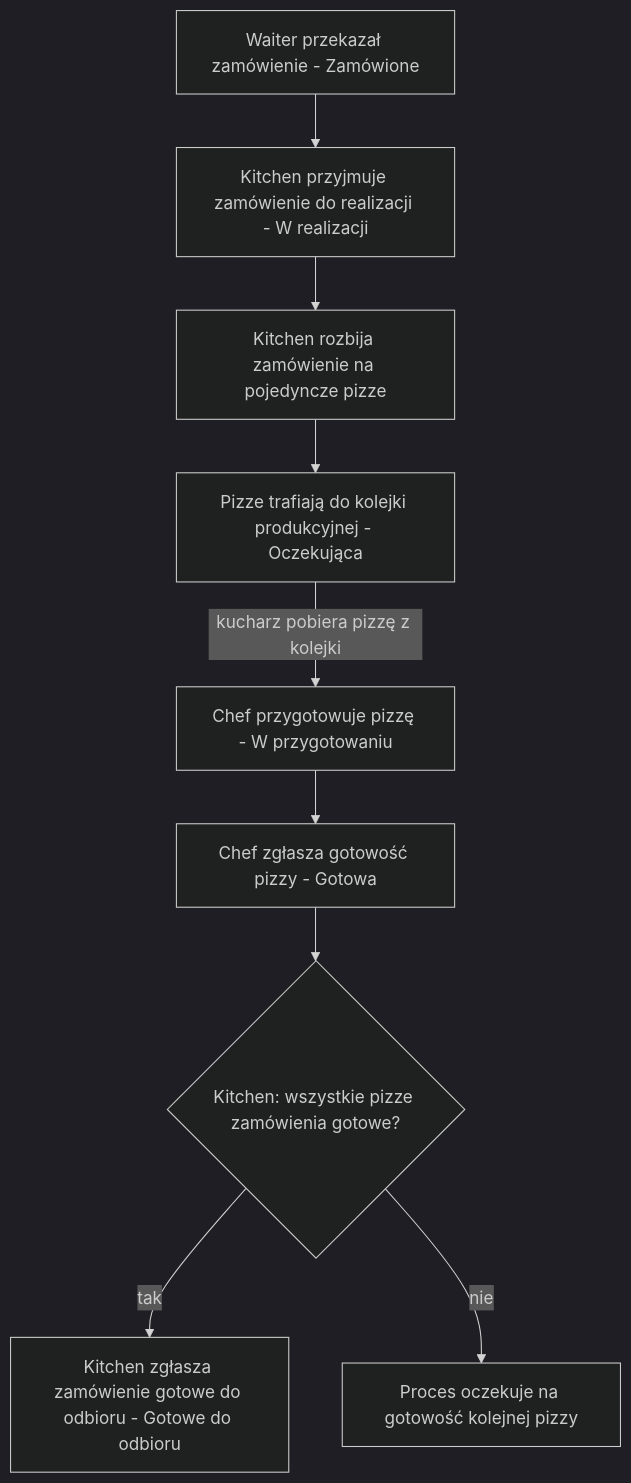
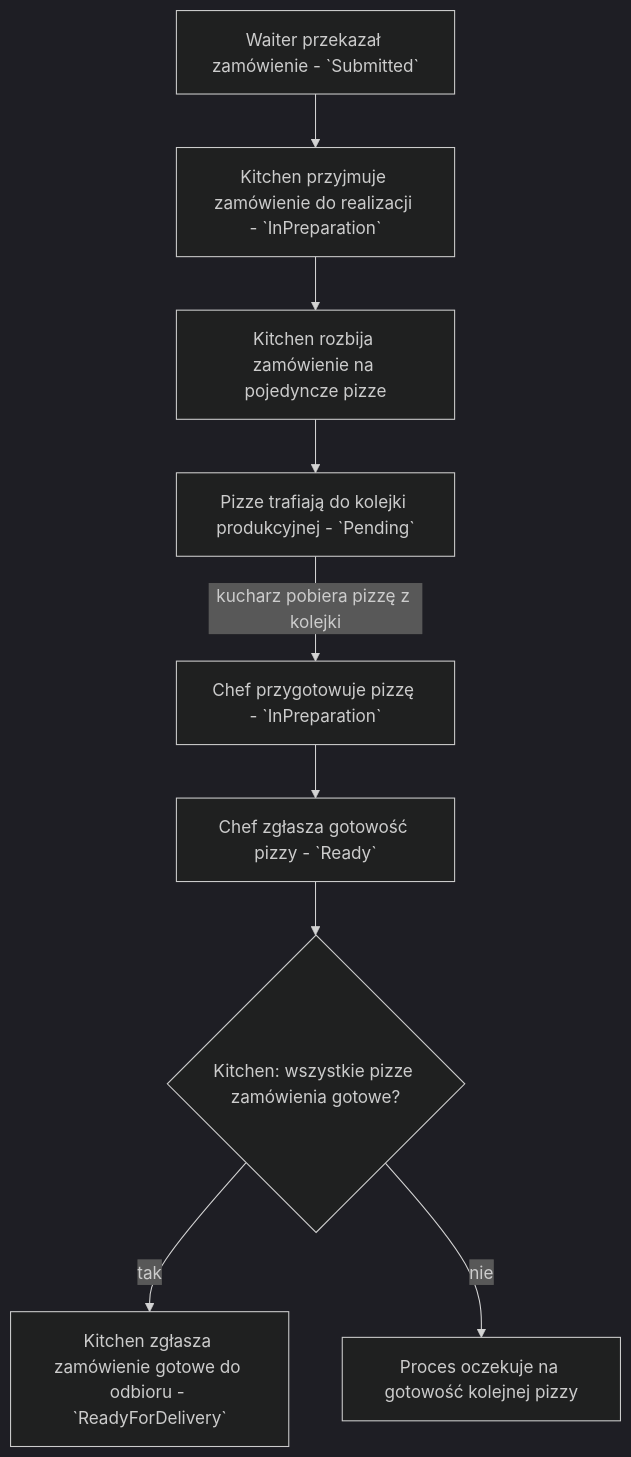
One commit to mmalessa/pizzeria changed the diagram in doc/251_kitchen_order_fulfillment.md. Above: the diagram before and after it, drawn with Mermaid (dark theme). The commit also changed other lines of this file and 16 other files, not shown here.

````diff
--- a/doc/251_kitchen_order_fulfillment.md
+++ b/doc/251_kitchen_order_fulfillment.md
@@ -42,14 +42,14 @@
 ```mermaid
 flowchart TD
 
-A[Waiter przekazał zamówienie - Zamówione]
---> B[Kitchen przyjmuje zamówienie do realizacji - W realizacji]
+A[Waiter przekazał zamówienie - `Submitted`]
+--> B[Kitchen przyjmuje zamówienie do realizacji - `InPreparation`]
 --> C[Kitchen rozbija zamówienie na pojedyncze pizze]
---> D[Pizze trafiają do kolejki produkcyjnej - Oczekująca]
+--> D[Pizze trafiają do kolejki produkcyjnej - `Pending`]
 
-D -->|kucharz pobiera pizzę z kolejki| E[Chef przygotowuje pizzę - W przygotowaniu]
-E --> F[Chef zgłasza gotowość pizzy - Gotowa]
+D -->|kucharz pobiera pizzę z kolejki| E[Chef przygotowuje pizzę - `InPreparation`]
+E --> F[Chef zgłasza gotowość pizzy - `Ready`]
 F --> G{Kitchen: wszystkie pizze zamówienia gotowe?}
-G -->|tak| H[Kitchen zgłasza zamówienie gotowe do odbioru - Gotowe do odbioru]
+G -->|tak| H[Kitchen zgłasza zamówienie gotowe do odbioru - `ReadyForDelivery`]
 G -->|nie| I[Proces oczekuje na gotowość kolejnej pizzy]
 ```
````
